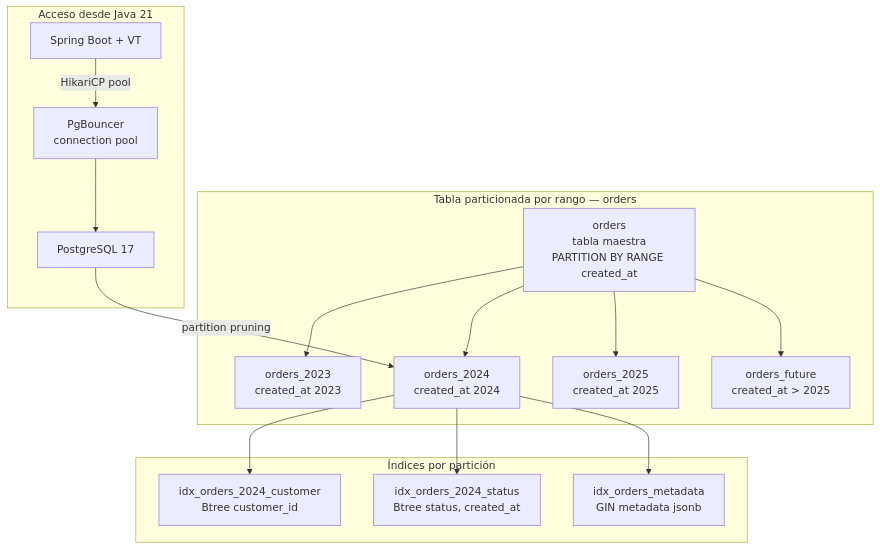
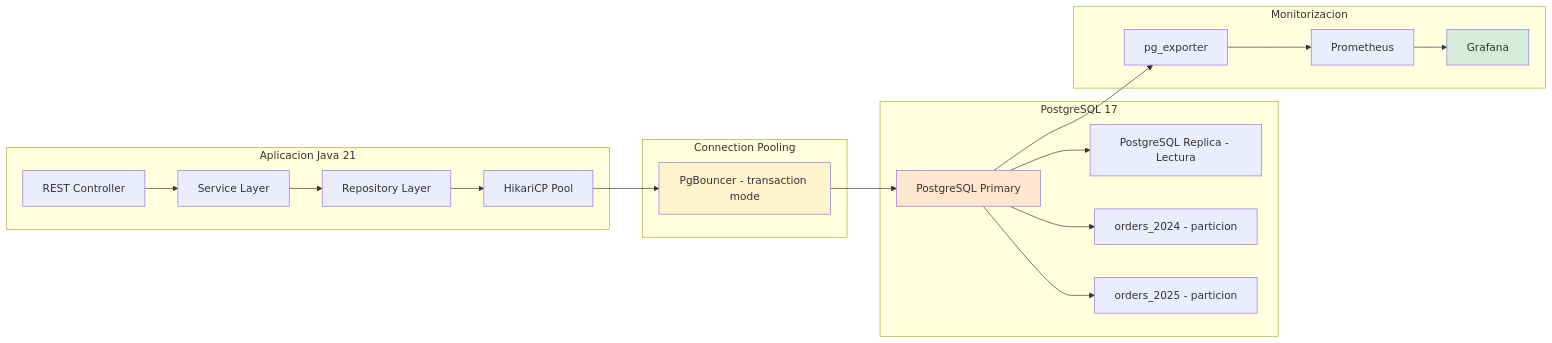
The second of 3 diagrams in 04_Bases_de_Datos/postgresql_17_avanzado_indices_particionado_y_optimizacion_de_queries_STAFF.md (Joaquinriosheredia/DAM-Java-Mastery), drawn with Mermaid before and after one commit. The commit also changed other lines of this file, not shown here.

````diff
--- a/04_Bases_de_Datos/postgresql_17_avanzado_indices_particionado_y_optimizacion_de_queries_STAFF.md
+++ b/04_Bases_de_Datos/postgresql_17_avanzado_indices_particionado_y_optimizacion_de_queries_STAFF.md
@@ -86,29 +114,42 @@
 ```mermaid
-graph TD
-    subgraph "Tabla particionada por rango — orders"
-        PARENT[orders\ntabla maestra\nPARTITION BY RANGE created_at]
-        P2023[orders_2023\ncreated_at 2023]
-        P2024[orders_2024\ncreated_at 2024]
-        P2025[orders_2025\ncreated_at 2025]
-        PFUT[orders_future\ncreated_at > 2025]
-        PARENT --> P2023
-        PARENT --> P2024
-        PARENT --> P2025
-        PARENT --> PFUT
+graph LR
+    subgraph "Aplicacion Java 21"
+        APP[REST Controller]
+        SVC[Service Layer]
+        REPO[Repository Layer]
+        HIKARI[HikariCP Pool]
     end
-
-    subgraph "Índices por partición"
-        IDX1[idx_orders_2024_customer\nBtree customer_id]
-        IDX2[idx_orders_2024_status\nBtree status, created_at]
-        IDX3[idx_orders_metadata\nGIN metadata jsonb]
-        P2024 --> IDX1
-        P2024 --> IDX2
-        P2024 --> IDX3
+    
+    subgraph "Connection Pooling"
+        PGBOUNCER[PgBouncer - transaction mode]
     end
-
-    subgraph "Acceso desde Java 21"
-        APP[Spring Boot + VT] -->|HikariCP pool| PGBOUNCER[PgBouncer\nconnection pool]
-        PGBOUNCER --> PG[PostgreSQL 17]
-        PG -->|partition pruning| P2024
+    
+    subgraph "PostgreSQL 17"
+        PG[PostgreSQL Primary]
+        REPLICA[PostgreSQL Replica - Lectura]
+        PART1[orders_2024 - particion]
+        PART2[orders_2025 - particion]
     end
+    
+    subgraph "Monitorizacion"
+        EXPORTER[pg_exporter]
+        PROM[Prometheus]
+        GRAF[Grafana]
+    end
+    
+    APP --> SVC
+    SVC --> REPO
+    REPO --> HIKARI
+    HIKARI --> PGBOUNCER
+    PGBOUNCER --> PG
+    PG --> REPLICA
+    PG --> PART1
+    PG --> PART2
+    PG --> EXPORTER
+    EXPORTER --> PROM
+    PROM --> GRAF
+    
+    style PG fill:#ffe6cc
+    style PGBOUNCER fill:#fff3cd
+    style GRAF fill:#d4edda
 ```
````
